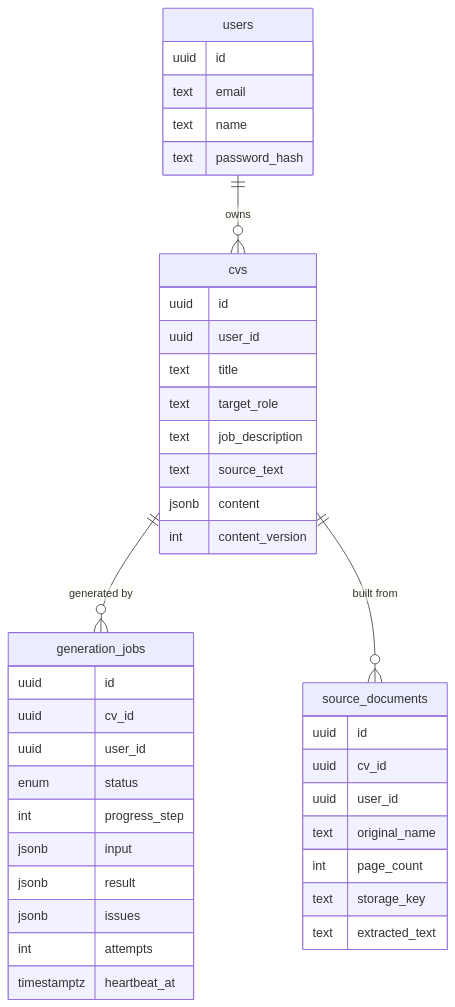
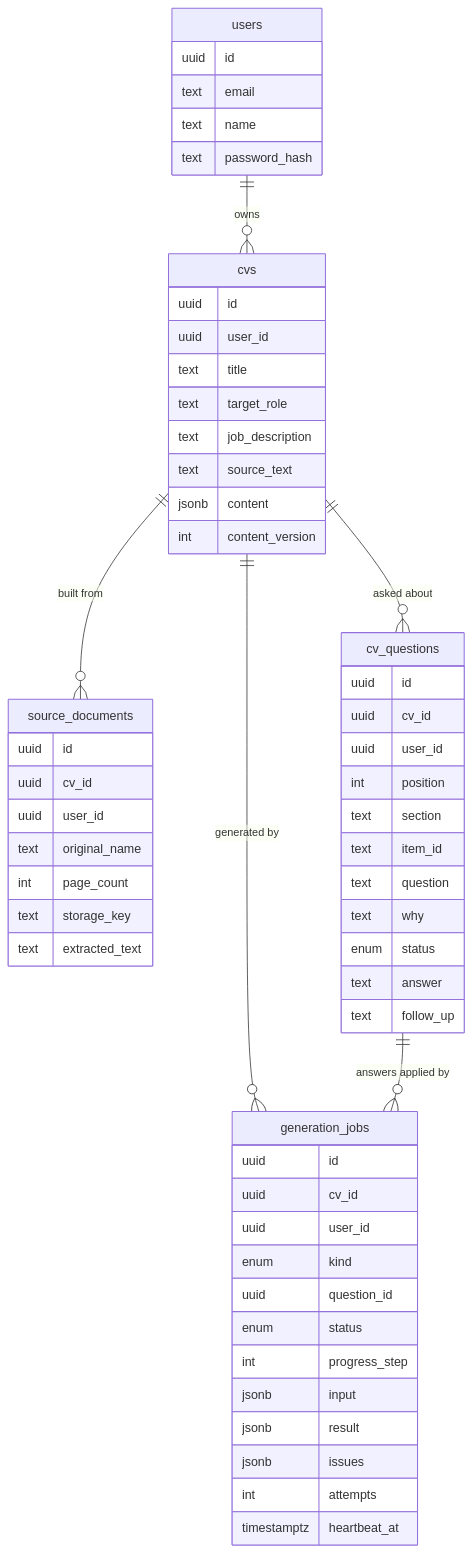
One commit to maxduma/ai_cv_builder changed the second of 3 diagrams in README.md. Above: the diagram before and after it, drawn with Mermaid. The commit also changed other lines of this file, not shown here.

Commit message:
Document editing, the AI's questions and the merge of edits

````diff
--- a/README.md
+++ b/README.md
@@ -179,10 +188,13 @@
 ```mermaid
 erDiagram
   users ||--o{ cvs : owns
   cvs ||--o{ generation_jobs : "generated by"
   cvs ||--o{ source_documents : "built from"
+  cvs ||--o{ cv_questions : "asked about"
+  cv_questions ||--o{ generation_jobs : "answers applied by"
   users { uuid id  text email  text name  text password_hash }
   cvs { uuid id  uuid user_id  text title  text target_role  text job_description  text source_text  jsonb content  int content_version }
-  generation_jobs { uuid id  uuid cv_id  uuid user_id  enum status  int progress_step  jsonb input  jsonb result  jsonb issues  int attempts  timestamptz heartbeat_at }
+  generation_jobs { uuid id  uuid cv_id  uuid user_id  enum kind  uuid question_id  enum status  int progress_step  jsonb input  jsonb result  jsonb issues  int attempts  timestamptz heartbeat_at }
+  cv_questions { uuid id  uuid cv_id  uuid user_id  int position  text section  text item_id  text question  text why  enum status  text answer  text follow_up }
   source_documents { uuid id  uuid cv_id  uuid user_id  text original_name  int page_count  text storage_key  text extracted_text }
 ```
````
